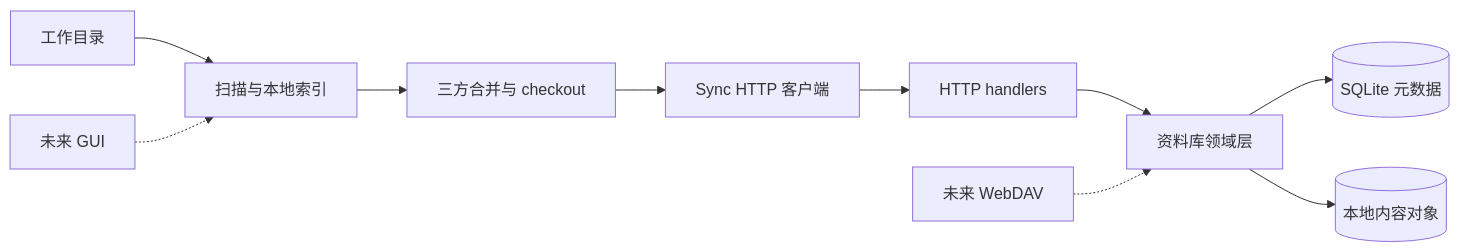
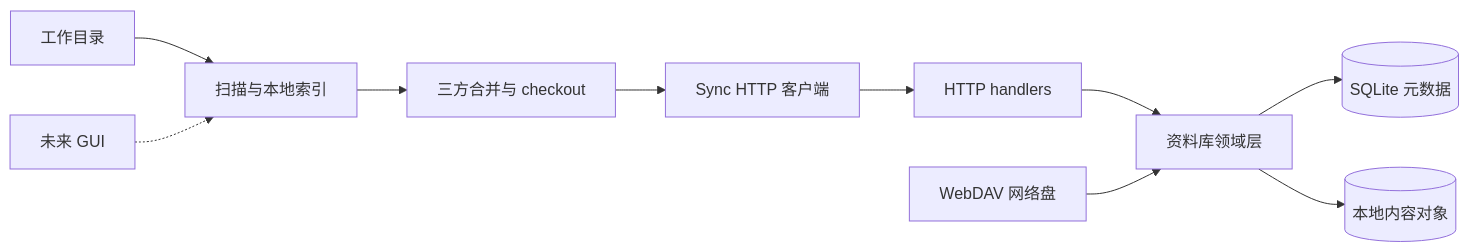
One commit to finalmaybe/filecloud changed the first of 2 diagrams in docs/design/architecture.md. Above: the diagram before and after it, drawn with Mermaid. The commit also changed other lines of this file and 30 other files, not shown here.

First line of the commit message:
feat(dav): add writable WebDAV network drives with app passwords

````diff
--- a/docs/design/architecture.md
+++ b/docs/design/architecture.md
@@ -15,12 +15,12 @@
 ```mermaid
 flowchart LR
     W[工作目录] --> S[扫描与本地索引]
     S --> M[三方合并与 checkout]
     M --> C[Sync HTTP 客户端]
     C --> H[HTTP handlers]
     H --> D[资料库领域层]
     D --> Q[(SQLite 元数据)]
     D --> O[(本地内容对象)]
-    V[未来 WebDAV] -.-> D
+    V[WebDAV 网络盘] --> D
     G[未来 GUI] -.-> S
 ```
````
